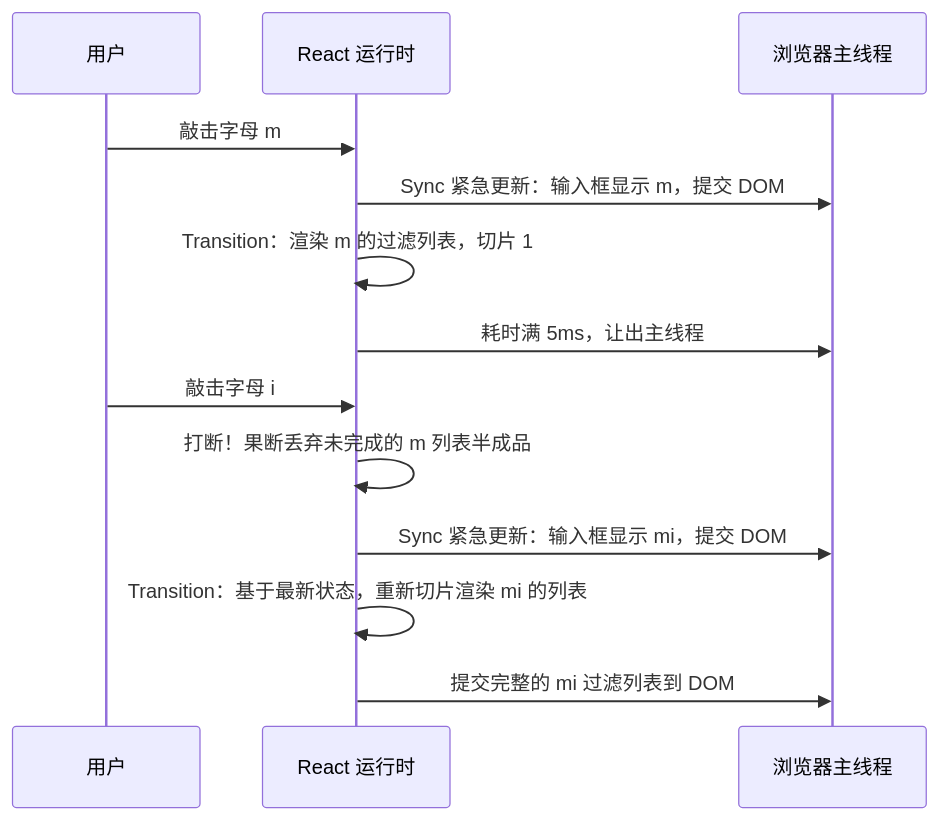
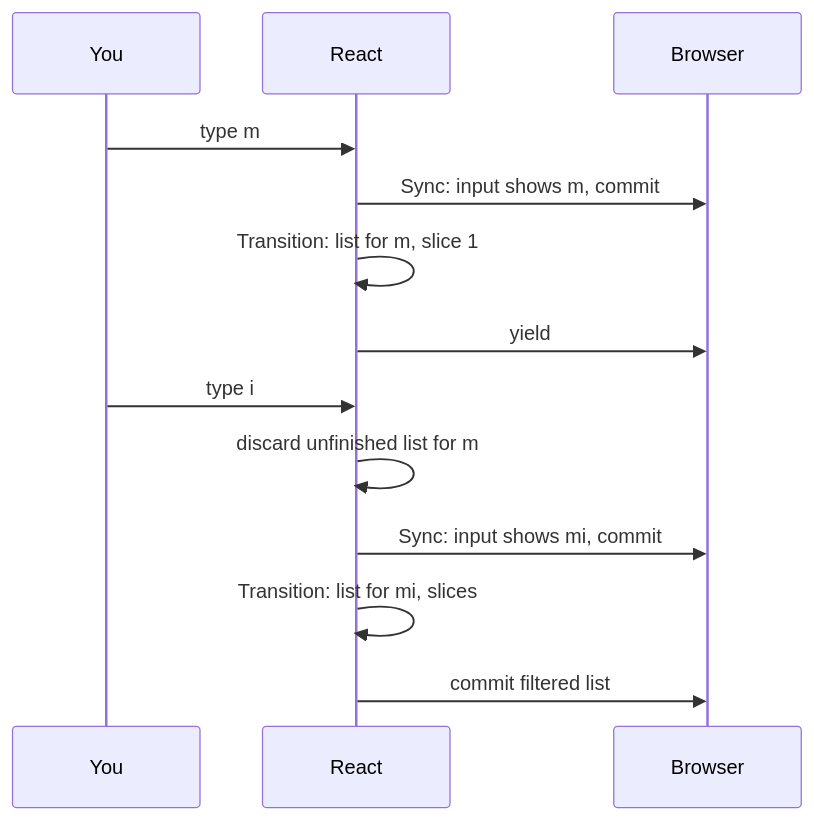
Before and after one commit to ZhaoTim/react-garden-zh: the second of 2 diagrams in content/react-concepts/07 Priorities, Transitions and Concurrency.md, drawn with Mermaid. The commit also changed other lines of this file and 12 other files, not shown here.

Commit message:
fix: restore all Mermaid diagrams to original English technical terms

````diff
--- a/content/react-concepts/07 Priorities, Transitions and Concurrency.md
+++ b/content/react-concepts/07 Priorities, Transitions and Concurrency.md
@@ -84,15 +84,15 @@
 ```mermaid
 sequenceDiagram
-  participant U as 用户
-  participant R as React 运行时
-  participant B as 浏览器主线程
-  U->>R: 敲击字母 m
-  R->>B: Sync 紧急更新：输入框显示 m，提交 DOM
-  R->>R: Transition：渲染 m 的过滤列表，切片 1
-  R->>B: 耗时满 5ms，让出主线程
-  U->>R: 敲击字母 i
-  R->>R: 打断！果断丢弃未完成的 m 列表半成品
-  R->>B: Sync 紧急更新：输入框显示 mi，提交 DOM
-  R->>R: Transition：基于最新状态，重新切片渲染 mi 的列表
-  R->>B: 提交完整的 mi 过滤列表到 DOM
+  participant U as You
+  participant R as React
+  participant B as Browser
+  U->>R: type m
+  R->>B: Sync: input shows m, commit
+  R->>R: Transition: list for m, slice 1
+  R->>B: yield
+  U->>R: type i
+  R->>R: discard unfinished list for m
+  R->>B: Sync: input shows mi, commit
+  R->>R: Transition: list for mi, slices
+  R->>B: commit filtered list
 ```
````
